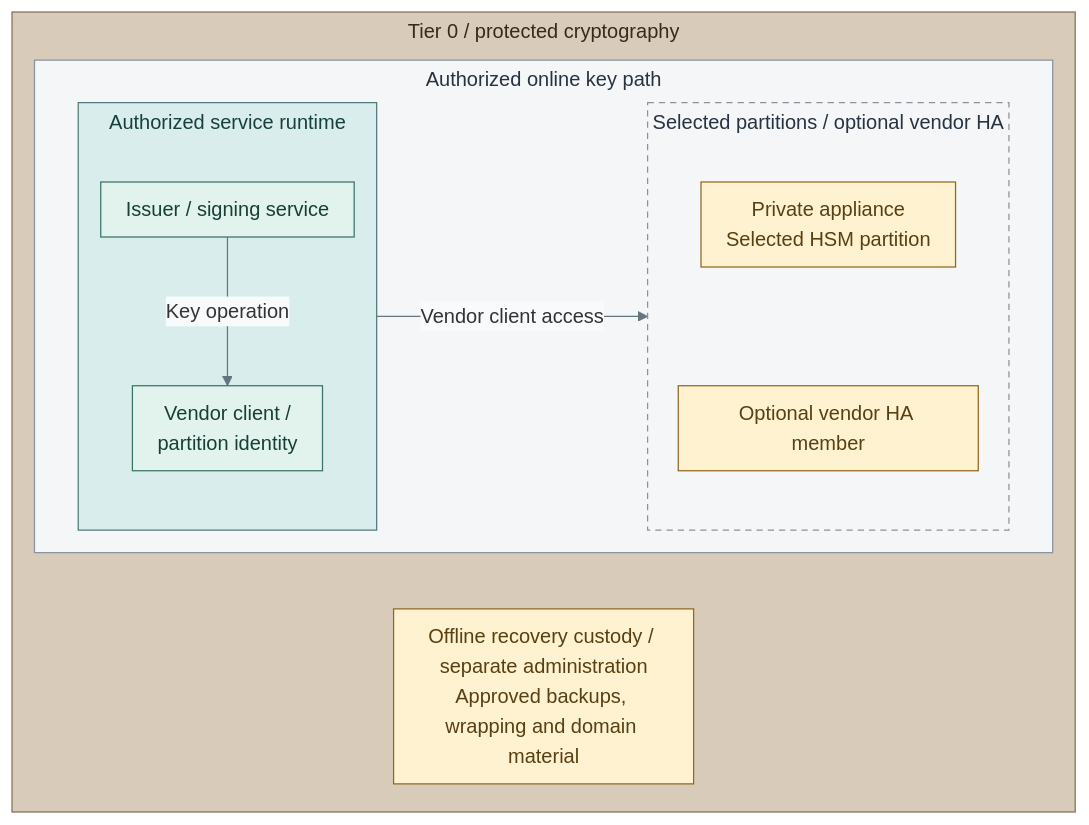
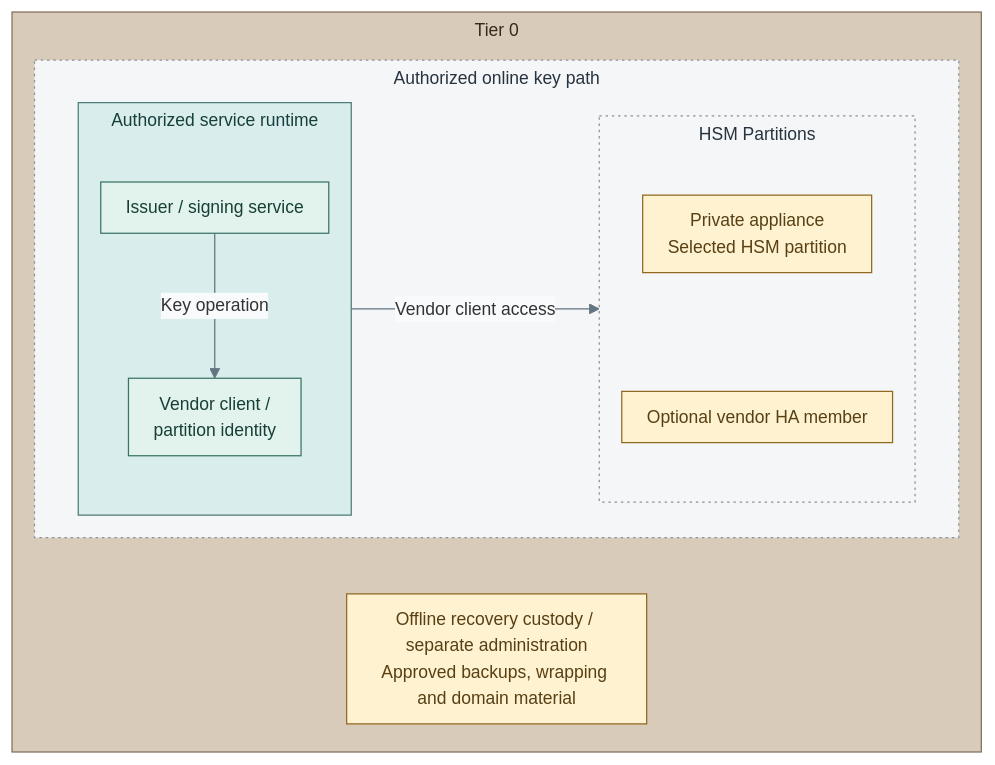
One commit to Rexus/homelab changed the diagram in docs/01-architecture/08-cryptography/05-network-hsm.md. Above: the diagram before and after it, drawn with Mermaid. The commit also changed 124 other files, not shown here.

First line of the commit message:
fix(platform): align service diagrams and directory failover

````diff
--- a/docs/01-architecture/08-cryptography/05-network-hsm.md
+++ b/docs/01-architecture/08-cryptography/05-network-hsm.md
@@ -9,38 +9,38 @@
 ```mermaid
-%%{init: {"theme":"base","flowchart":{"nodeSpacing":16,"rankSpacing":20,"padding":10,"subGraphTitleMargin":{"top":4,"bottom":12}},"themeVariables":{"lineColor":"#627581","edgeLabelBackground":"#f8fafc"}}}%%
+%%{init: {"theme":"base","flowchart":{"nodeSpacing":16,"rankSpacing":20,"padding":10,"subGraphTitleMargin":{"top":4,"bottom":12}},"themeVariables":{"lineColor":"#627581","edgeLabelBackground":"#f8fafc","fontFamily":"Arial, sans-serif","fontSize":"14px"},"fontFamily":"Arial, sans-serif"}}%%
 flowchart TB
-  subgraph T0["Tier 0 / protected cryptography"]
+  subgraph T0["Tier 0"]
     direction TB
     subgraph Connected["Authorized online key path"]
       direction LR
       subgraph Runtime["Authorized service runtime"]
         direction TB
         Consumers["Issuer / signing service"]
         Client["Vendor client /<br/>partition identity"]
         Consumers -->|Key operation| Client
       end
-      subgraph Appliances["Selected partitions / optional vendor HA"]
+      subgraph Appliances["HSM Partitions"]
         direction TB
         H1["Private appliance<br/>Selected HSM partition"]
         H2["Optional vendor HA member"]
         H1 ~~~ H2
       end
       Runtime -->|Vendor client access| Appliances
     end
     Admin["Offline recovery custody / separate administration<br/>Approved backups, wrapping and domain material"]
     Connected ~~~ Admin
   end
   classDef default fill:#f8fafc,stroke:#64748b,color:#1f2937
   classDef tier0 fill:#d8cbb9,stroke:#83715a,color:#352a1e
-  classDef group fill:#f5f6f7,stroke:#89939e,color:#273340
+  classDef group fill:#f5f6f7,stroke:#89939e,color:#273340,stroke-dasharray:2 3
   classDef runtime fill:#d9eeec,stroke:#4d7b77,color:#173f3e
-  classDef replicas fill:#f5f6f7,stroke:#89939e,color:#273340,stroke-dasharray:5 4
+  classDef replicas fill:#f5f6f7,stroke:#89939e,color:#273340,stroke-dasharray:2 3
   classDef control fill:#e2f3ed,stroke:#397366,color:#173f36
   classDef custody fill:#fff2d1,stroke:#926820,color:#584013
   class T0 tier0
   class Connected group
   class Runtime runtime
   class Appliances replicas
   class Consumers,Client control
   class H1,H2,Admin custody
 ```
````
